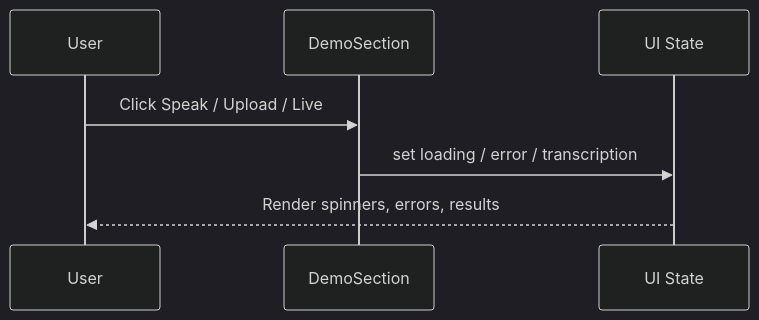
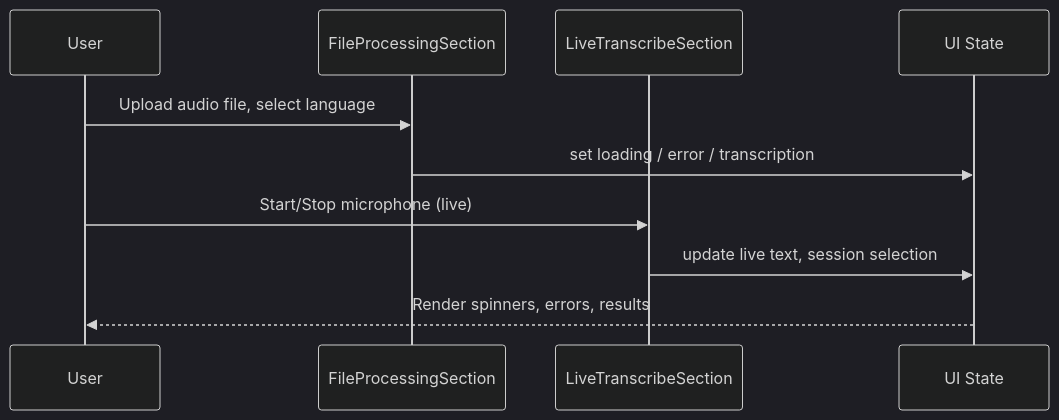
Before and after one commit to vijayvir/AudioAiUI: the fourth of 4 diagrams in README.md, drawn with Mermaid (dark theme). The commit also changed other lines of this file and 19 other files, not shown here.

````diff
--- a/README.md
+++ b/README.md
@@ -59,10 +87,13 @@
 ```mermaid
 sequenceDiagram
   participant U as User
-  participant D as DemoSection
+  participant FP as FileProcessingSection
+  participant LT as LiveTranscribeSection
   participant UI as UI State
 
-  U->>D: Click Speak / Upload / Live
-  D->>UI: set loading / error / transcription
+  U->>FP: Upload audio file, select language
+  FP->>UI: set loading / error / transcription
+  U->>LT: Start/Stop microphone (live)
+  LT->>UI: update live text, session selection
   UI-->>U: Render spinners, errors, results
 ```
````
